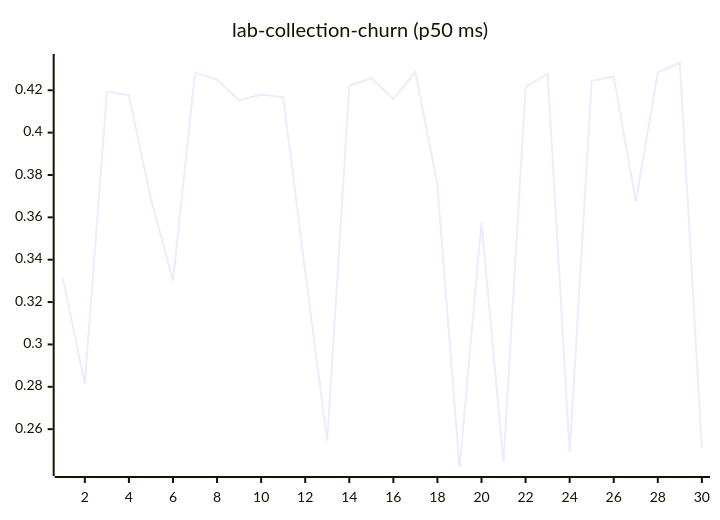
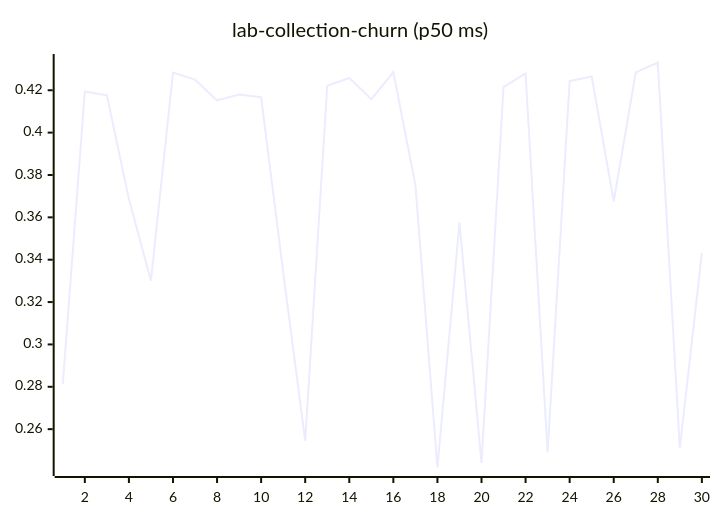
Diagram 11 of 27 in README.md (josha/Facet), drawn with Mermaid before and after one commit. The commit also changed other lines of this file and 2 other files, not shown here.

````diff
--- a/README.md
+++ b/README.md
@@ -133,6 +133,6 @@
 ```mermaid
 xychart-beta
     title "lab-collection-churn (p50 ms)"
     x-axis 1 --> 30
-    line [0.3314, 0.2814, 0.4194, 0.4176, 0.3686, 0.3301, 0.4283, 0.4250, 0.4152, 0.4180, 0.4167, 0.3342, 0.2545, 0.4221, 0.4258, 0.4158, 0.4286, 0.3753, 0.2419, 0.3575, 0.2441, 0.4215, 0.4279, 0.2490, 0.4243, 0.4265, 0.3676, 0.4284, 0.4331, 0.2510]
+    line [0.2814, 0.4194, 0.4176, 0.3686, 0.3301, 0.4283, 0.4250, 0.4152, 0.4180, 0.4167, 0.3342, 0.2545, 0.4221, 0.4258, 0.4158, 0.4286, 0.3753, 0.2419, 0.3575, 0.2441, 0.4215, 0.4279, 0.2490, 0.4243, 0.4265, 0.3676, 0.4284, 0.4331, 0.2510, 0.3432]
 ```
````
